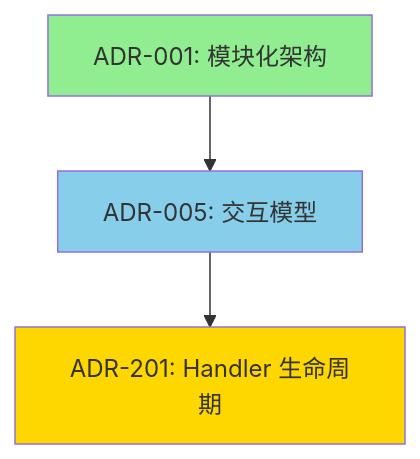
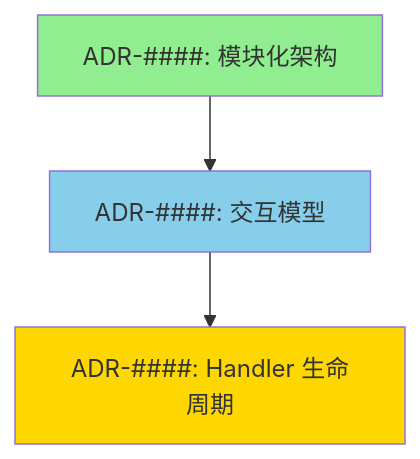
The diagram in docs/adr/governance/ADR-940-adr-relationship-traceability-management.md (douhuaa/Zss.BilliardHall), drawn with Mermaid before and after one commit. The commit also changed 2 other files, not shown here.

Commit message:
修复所有测试失败 - ADR 文档和测试消息格式完全合规

`````diff
--- a/docs/adr/governance/ADR-940-adr-relationship-traceability-management.md
+++ b/docs/adr/governance/ADR-940-adr-relationship-traceability-management.md
@@ -165,9 +165,9 @@
 ```mermaid
 graph TB
-    ADR0001[ADR-001: 模块化架构] --> ADR0005[ADR-005: 交互模型]
-    ADR0005 --> ADR0201[ADR-201: Handler 生命周期]
+    ADR0001[ADR-####: 模块化架构] --> ADR0005[ADR-####: 交互模型]
+    ADR0005 --> ADR0201[ADR-####: Handler 生命周期]
 
     style ADR0001 fill:#90EE90
     style ADR0005 fill:#87CEEB
     style ADR0201 fill:#FFD700
 ````
`````
